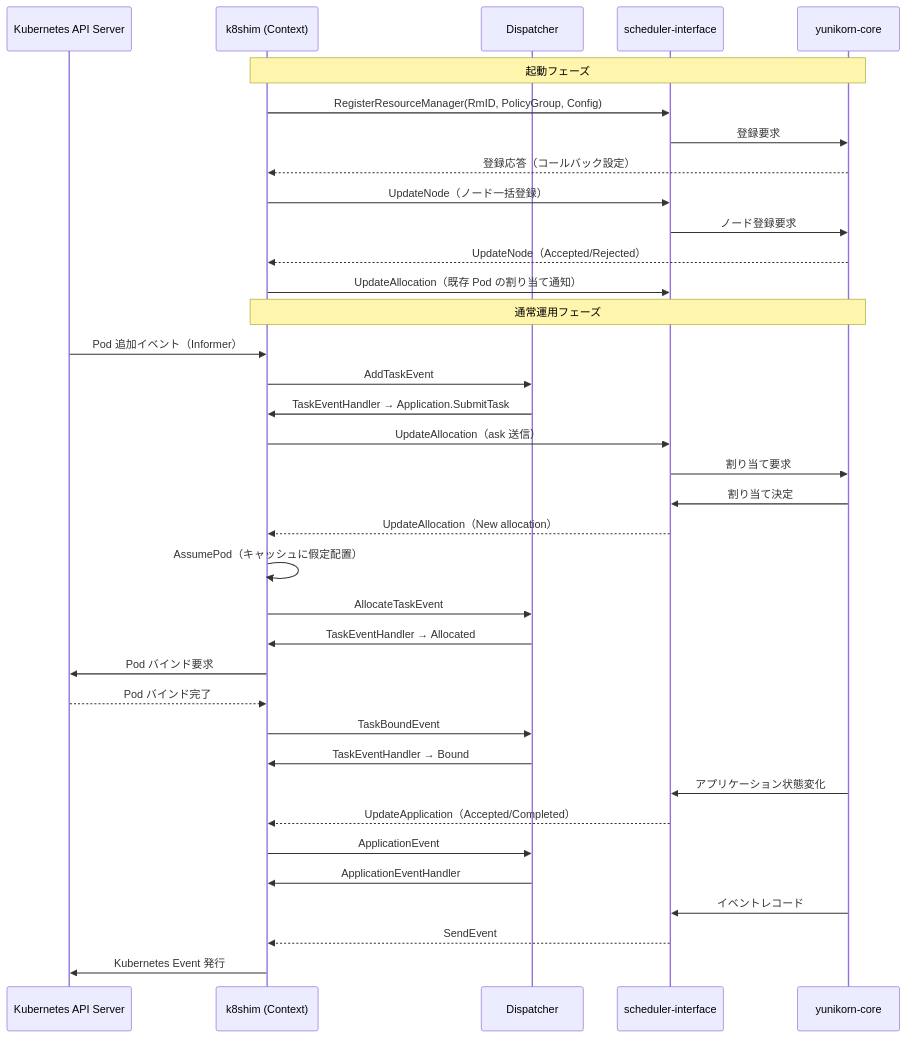
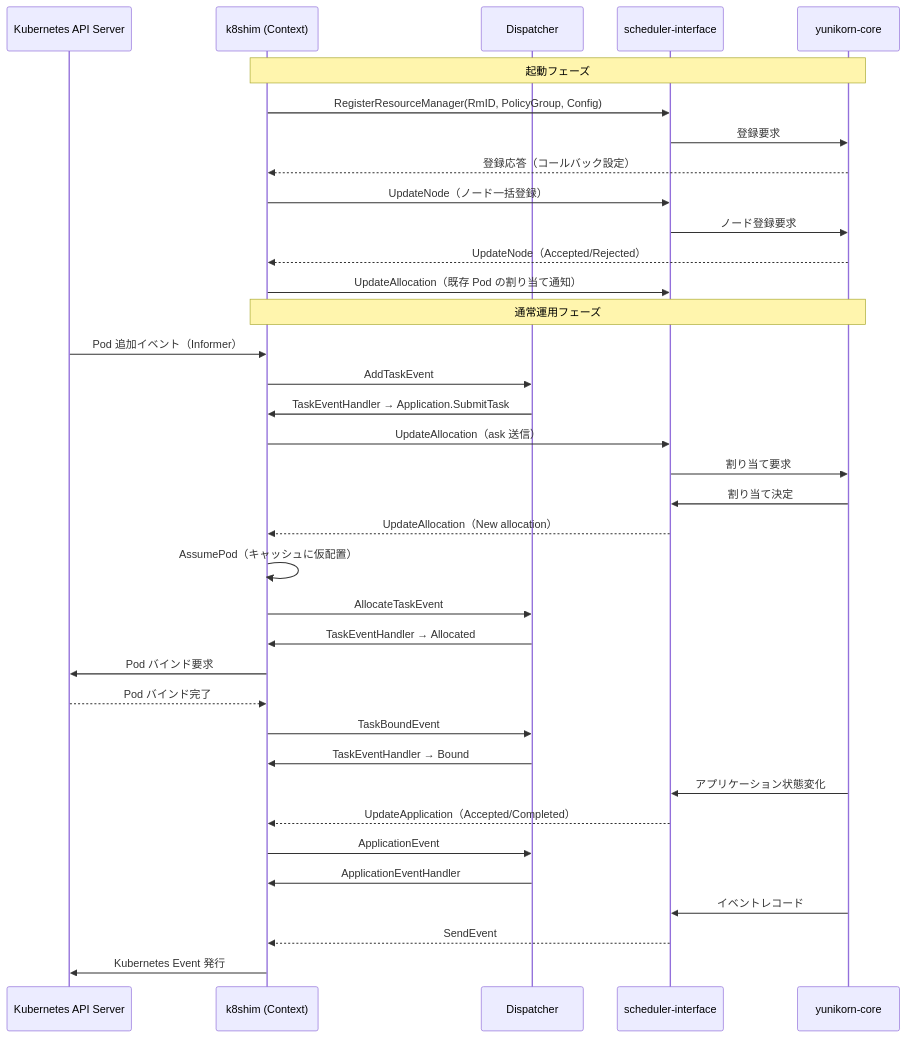
One commit to miyamadoKL/source-code-reading changed the diagram in yunikorn/yunikorn-k8shim/part03-integration/09-scheduler-interface.md. Above: the diagram before and after it, drawn with Mermaid. The commit also changed other lines of this file, not shown here.

Commit message:
yunikorn-k8shim: 中国語語彙の混入を修正(假定配置 2件)

````diff
--- a/yunikorn/yunikorn-k8shim/part03-integration/09-scheduler-interface.md
+++ b/yunikorn/yunikorn-k8shim/part03-integration/09-scheduler-interface.md
@@ -617,43 +617,43 @@
 ```mermaid
 sequenceDiagram
     participant K8s as Kubernetes API Server
     participant Shim as k8shim (Context)
     participant Disp as Dispatcher
     participant SI as scheduler-interface
     participant Core as yunikorn-core
 
     Note over Shim,Core: 起動フェーズ
     Shim->>SI: RegisterResourceManager(RmID, PolicyGroup, Config)
     SI->>Core: 登録要求
     Core-->>Shim: 登録応答（コールバック設定）
     Shim->>SI: UpdateNode（ノード一括登録）
     SI->>Core: ノード登録要求
     Core-->>Shim: UpdateNode（Accepted/Rejected）
     Shim->>SI: UpdateAllocation（既存 Pod の割り当て通知）
 
     Note over Shim,Core: 通常運用フェーズ
     K8s->>Shim: Pod 追加イベント（Informer）
     Shim->>Disp: AddTaskEvent
     Disp->>Shim: TaskEventHandler → Application.SubmitTask
     Shim->>SI: UpdateAllocation（ask 送信）
     SI->>Core: 割り当て要求
 
     Core->>SI: 割り当て決定
     SI-->>Shim: UpdateAllocation（New allocation）
-    Shim->>Shim: AssumePod（キャッシュに假定配置）
+    Shim->>Shim: AssumePod（キャッシュに仮配置）
     Shim->>Disp: AllocateTaskEvent
     Disp->>Shim: TaskEventHandler → Allocated
     Shim->>K8s: Pod バインド要求
     K8s-->>Shim: Pod バインド完了
     Shim->>Disp: TaskBoundEvent
     Disp->>Shim: TaskEventHandler → Bound
 
     Core->>SI: アプリケーション状態変化
     SI-->>Shim: UpdateApplication（Accepted/Completed）
     Shim->>Disp: ApplicationEvent
     Disp->>Shim: ApplicationEventHandler
 
     Core->>SI: イベントレコード
     SI-->>Shim: SendEvent
     Shim->>K8s: Kubernetes Event 発行
 ```
````
